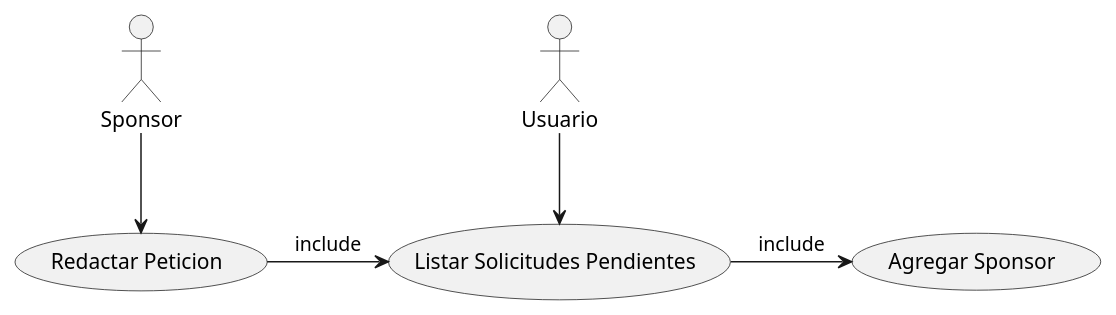
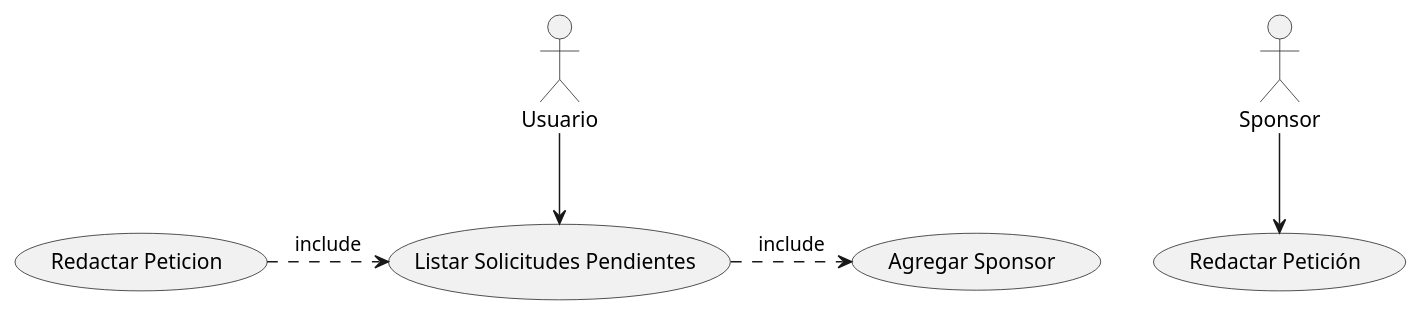
Before and after one commit to AlvariroA/dcapp: the sixth of 16 diagrams in Documentos/template.md, drawn with PlantUML. The commit also changed other lines of this file, not shown here.

````diff
--- a/Documentos/template.md
+++ b/Documentos/template.md
@@ -73,8 +75,8 @@
 ```plantuml
 @startuml
 Usuario --> (Listar Solicitudes Pendientes)
-(Listar Solicitudes Pendientes)->(Agregar Sponsor) :include
-(Redactar Peticion) -> (Listar Solicitudes Pendientes):include
-Sponsor --> (Redactar Peticion)
+(Listar Solicitudes Pendientes).>(Agregar Sponsor) :include
+(Redactar Peticion) .> (Listar Solicitudes Pendientes):include
+Sponsor --> (Redactar Petición)
 @enduml
 ```
````
